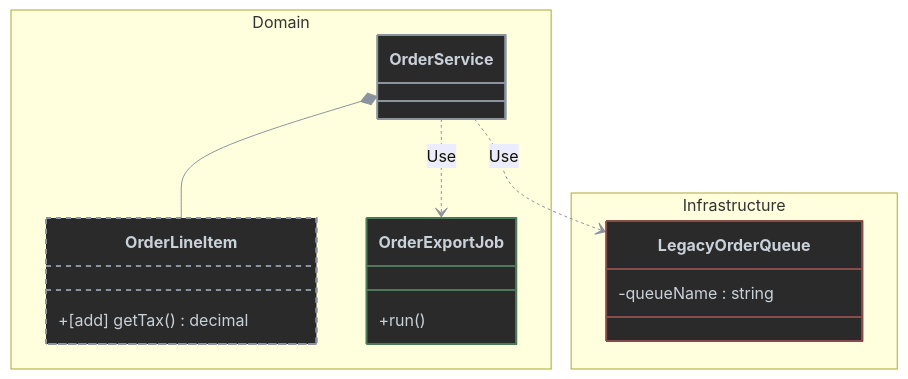
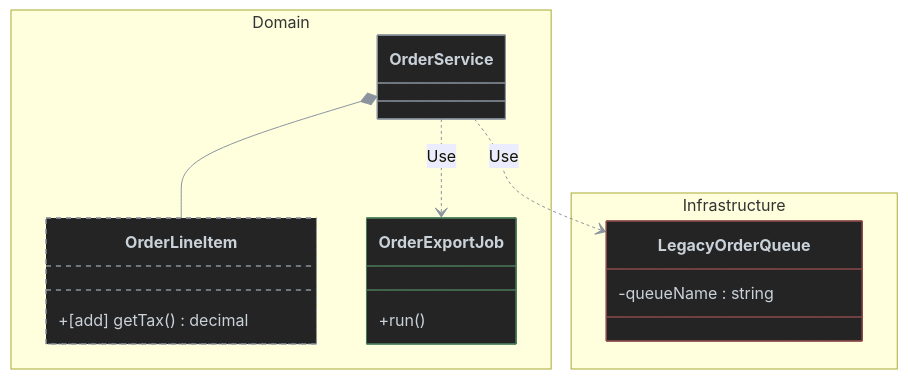
Before and after one commit to antshc/brain: the sixth of 8 diagrams in skills/wf/to-diagram/README.md, drawn with Mermaid. The commit also changed other lines of this file and 4 other files, not shown here.

Commit message:
refactor: update diagram styles and class definitions for consistency across templates

````diff
--- a/skills/wf/to-diagram/README.md
+++ b/skills/wf/to-diagram/README.md
@@ -222,27 +224,27 @@
 ```mermaid
 %%{init: {'themeVariables': {'lineColor': '#8b949e'}}}%%
 classDiagram
     namespace Domain {
         class OrderService
         class OrderLineItem:::memberChanged {
             +[add] getTax() decimal
         }
         class OrderExportJob:::added {
             +run()
         }
     }
     namespace Infrastructure {
         class LegacyOrderQueue:::removed {
             -queueName : string
         }
     }
 
     OrderService *-- OrderLineItem
     OrderService ..> OrderExportJob : Use
     OrderService ..> LegacyOrderQueue : Use
 
-    classDef default fill:#2a2a2a,stroke:#8b949e,color:#c9d1d9,stroke-width:2px
-    classDef added stroke:#4a7a5a,stroke-width:2px
-    classDef removed stroke:#8a4a4a,stroke-width:2px
-    classDef memberChanged stroke:#8b949e,stroke-width:2px,stroke-dasharray:5 5
+    classDef default fill:#242424,stroke:#8b949e,color:#c9d1d9,stroke-width:1px
+    classDef added stroke:#4a7a5a,stroke-width:1px
+    classDef removed stroke:#8a4a4a,stroke-width:1px
+    classDef memberChanged stroke:#8b949e,stroke-width:1px,stroke-dasharray:5 5
 ```
````
